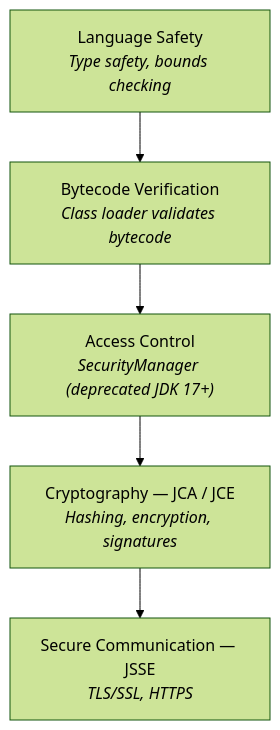
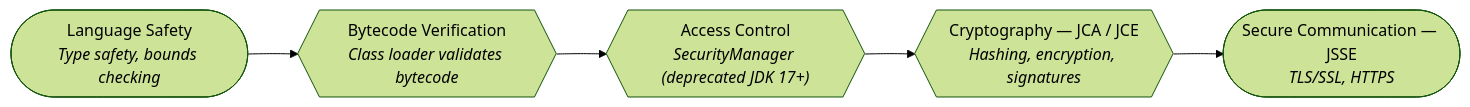
The diagram in docs/java/Security.md (saivamsikaruturi/vamsilabs-dev-notes-main), drawn with Mermaid (forest theme) before and after one commit. The commit also changed 146 other files, not shown here.

Commit message:
Horizontal diagrams, UML class diagrams, typography overhaul, and permalink cleanup

````diff
--- a/docs/java/Security.md
+++ b/docs/java/Security.md
@@ -11,7 +11,7 @@
 ```mermaid
-graph TB
-    L1["Language Safety<br/><i>Type safety, bounds checking</i>"] --> L2["Bytecode Verification<br/><i>Class loader validates bytecode</i>"]
-    L2 --> L3["Access Control<br/><i>SecurityManager (deprecated JDK 17+)</i>"]
-    L3 --> L4["Cryptography — JCA / JCE<br/><i>Hashing, encryption, signatures</i>"]
-    L4 --> L5["Secure Communication — JSSE<br/><i>TLS/SSL, HTTPS</i>"]
+flowchart LR
+    L1(["Language Safety<br/><i>Type safety, bounds checking</i>"]) --> L2{{"Bytecode Verification<br/><i>Class loader validates bytecode</i>"}}
+    L2 --> L3{{"Access Control<br/><i>SecurityManager (deprecated JDK 17+)</i>"}}
+    L3 --> L4{{"Cryptography — JCA / JCE<br/><i>Hashing, encryption, signatures</i>"}}
+    L4 --> L5(["Secure Communication — JSSE<br/><i>TLS/SSL, HTTPS</i>"])
 ```
````
